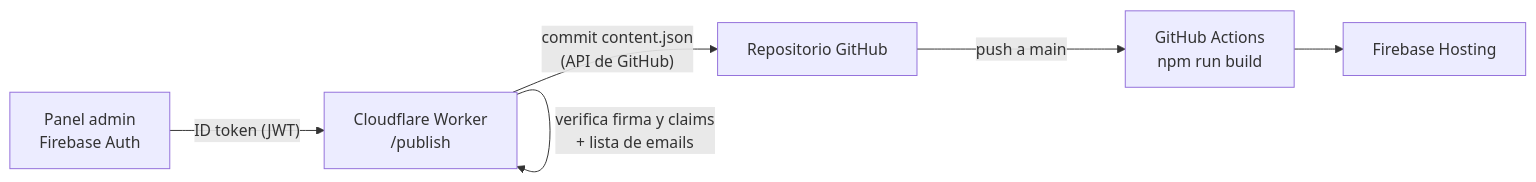
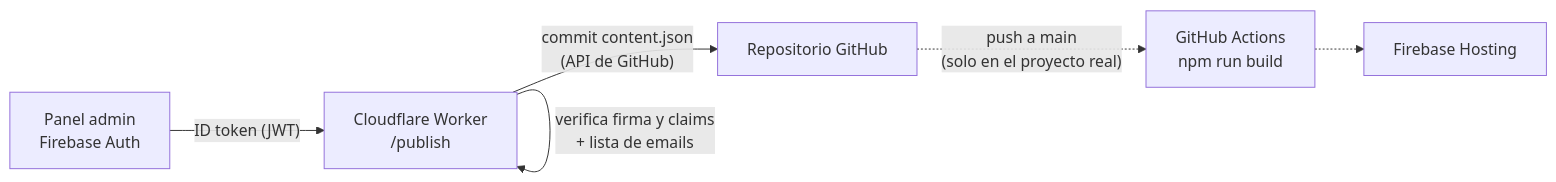
One commit to manuelcarro97/kafe-bar-web changed the diagram in README.md. Above: the diagram before and after it, drawn with Mermaid. The commit also changed other lines of this file and 7 other files, not shown here.

````diff
--- a/README.md
+++ b/README.md
@@ -24,8 +26,8 @@
 ```mermaid
 flowchart LR
     A[Panel admin<br/>Firebase Auth] -- "ID token (JWT)" --> B[Cloudflare Worker<br/>/publish]
     B -- "verifica firma y claims<br/>+ lista de emails" --> B
     B -- "commit content.json<br/>(API de GitHub)" --> C[Repositorio GitHub]
-    C -- push a main --> D[GitHub Actions<br/>npm run build]
-    D --> E[Firebase Hosting]
+    C -. "push a main<br/>(solo en el proyecto real)" .-> D[GitHub Actions<br/>npm run build]
+    D -.-> E[Firebase Hosting]
 ```
````
